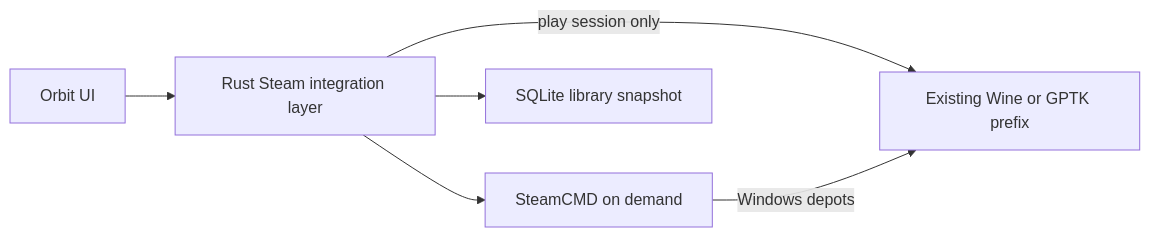
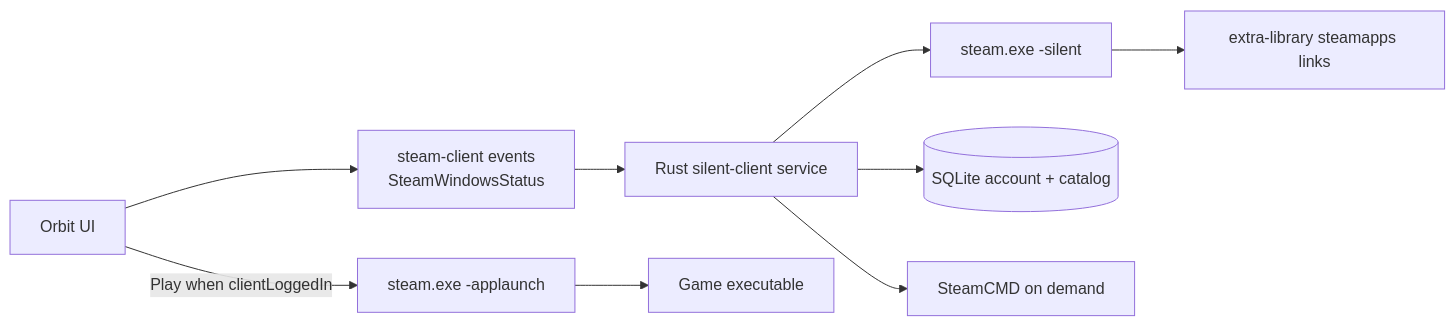
The first of 2 diagrams in docs/STEAM_WINDOWS.md (LFSCamargo/orbit), drawn with Mermaid before and after one commit. The commit also changed other lines of this file and 47 other files, not shown here.

First line of the commit message:
feat(steam): keep silent Steam ready and launch with -applaunch

````diff
--- a/docs/STEAM_WINDOWS.md
+++ b/docs/STEAM_WINDOWS.md
@@ -17,13 +17,20 @@
 ```mermaid
 flowchart LR
   ui[Orbit UI]
-  layer[Rust Steam integration layer]
+  events["steam-client events\nSteamWindowsStatus"]
+  silent[Rust silent-client service]
+  steam["steam.exe -silent"]
+  links[extra-library steamapps links]
+  launch["steam.exe -applaunch"]
+  game[Game executable]
+  sqlite[(SQLite account + catalog)]
   cmd[SteamCMD on demand]
-  db[SQLite library snapshot]
-  wine[Existing Wine or GPTK prefix]
-  ui --> layer
-  layer --> cmd
-  layer --> db
-  layer -->|"play session only"| wine
-  cmd -->|"Windows depots"| wine
+  ui --> events
+  events --> silent
+  silent --> steam
+  silent --> sqlite
+  silent --> cmd
+  steam --> links
+  ui -->|"Play when clientLoggedIn"| launch
+  launch --> game
 ```
````
